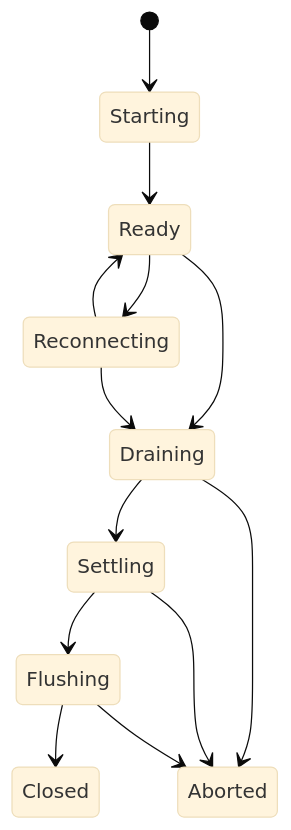
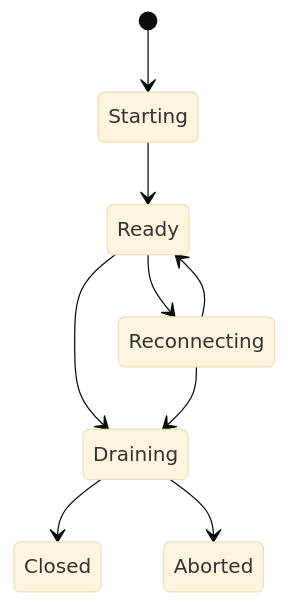
One commit to bktrung/edm_sdk changed the third of 3 diagrams in docs/development/consume-flow.md. Above: the diagram before and after it, drawn with Mermaid (base theme). The commit also changed other lines of this file and 51 other files, not shown here.

````diff
--- a/docs/development/consume-flow.md
+++ b/docs/development/consume-flow.md
@@ -358,15 +358,11 @@
 ```mermaid
 stateDiagram-v2
     [*] --> Starting
     Starting --> Ready
     Ready --> Reconnecting
     Ready --> Draining
     Reconnecting --> Ready
     Reconnecting --> Draining
-    Draining --> Settling
-    Settling --> Flushing
-    Flushing --> Closed
+    Draining --> Closed
     Draining --> Aborted
-    Settling --> Aborted
-    Flushing --> Aborted
 ```
````
